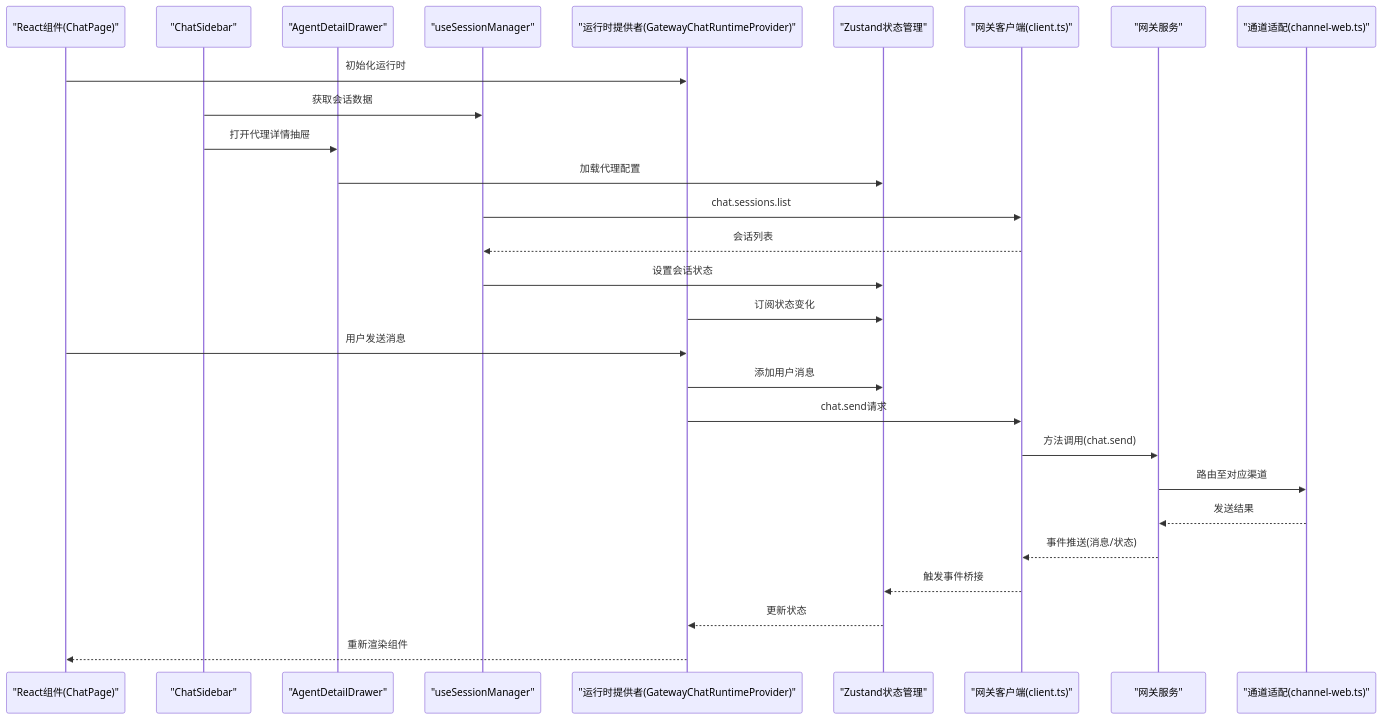
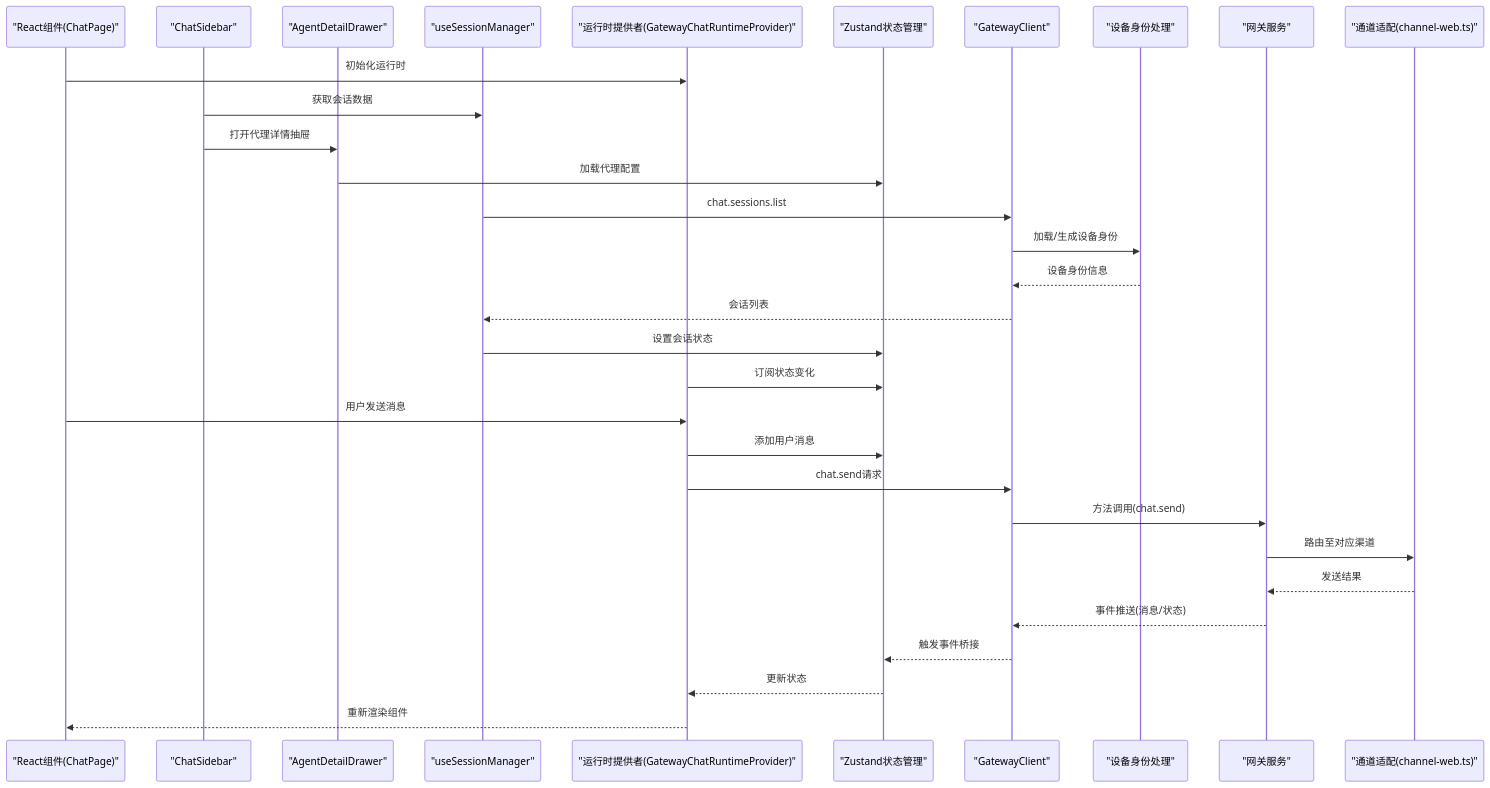
The second of 21 diagrams in .qoder/repowiki/zh/content/Web界面/WebChat界面/WebChat界面.md (verse-ai-org/openclaw), drawn with Mermaid before and after one commit. The commit also changed other lines of this file and 20 other files, not shown here.

````diff
--- a/.qoder/repowiki/zh/content/Web界面/WebChat界面/WebChat界面.md
+++ b/.qoder/repowiki/zh/content/Web界面/WebChat界面/WebChat界面.md
@@ -213,30 +255,33 @@
 ```mermaid
 sequenceDiagram
 participant UI as "React组件(ChatPage)"
 participant Sidebar as "ChatSidebar"
 participant AgentDetail as "AgentDetailDrawer"
 participant SessionManager as "useSessionManager"
 participant Runtime as "运行时提供者(GatewayChatRuntimeProvider)"
 participant Store as "Zustand状态管理"
-participant Client as "网关客户端(client.ts)"
+participant Client as "GatewayClient"
+participant DeviceIdentity as "设备身份处理"
 participant Gateway as "网关服务"
 participant Channel as "通道适配(channel-web.ts)"
 UI->>Runtime : 初始化运行时
 Sidebar->>SessionManager : 获取会话数据
 Sidebar->>AgentDetail : 打开代理详情抽屉
 AgentDetail->>Store : 加载代理配置
 SessionManager->>Client : chat.sessions.list
+Client->>DeviceIdentity : 加载/生成设备身份
+DeviceIdentity-->>Client : 设备身份信息
 Client-->>SessionManager : 会话列表
 SessionManager->>Store : 设置会话状态
 Runtime->>Store : 订阅状态变化
 UI->>Runtime : 用户发送消息
 Runtime->>Store : 添加用户消息
 Runtime->>Client : chat.send请求
 Client->>Gateway : 方法调用(chat.send)
 Gateway->>Channel : 路由至对应渠道
 Channel-->>Gateway : 发送结果
 Gateway-->>Client : 事件推送(消息/状态)
 Client-->>Store : 触发事件桥接
 Store-->>Runtime : 更新状态
 Runtime-->>UI : 重新渲染组件
 ```
````
